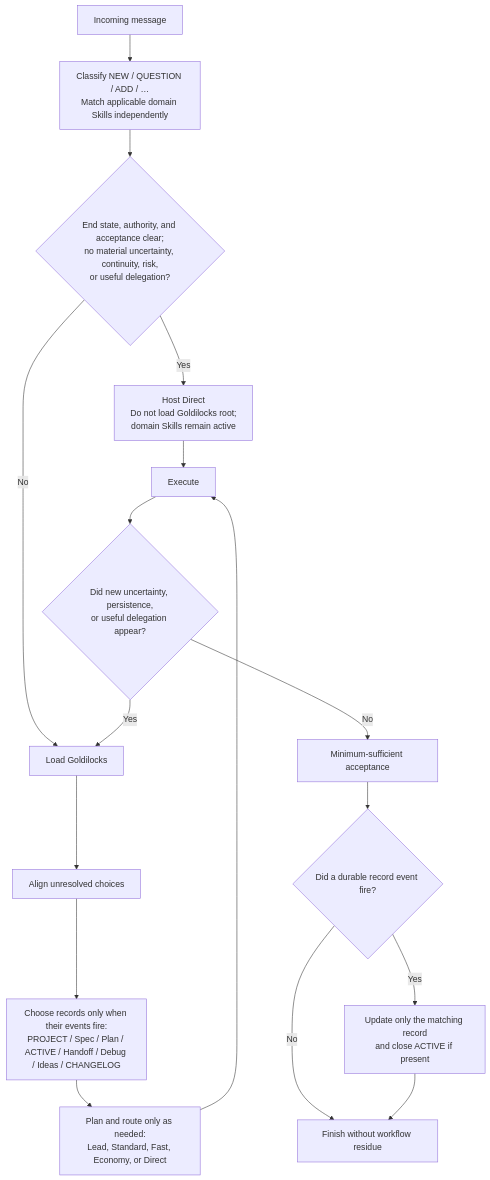
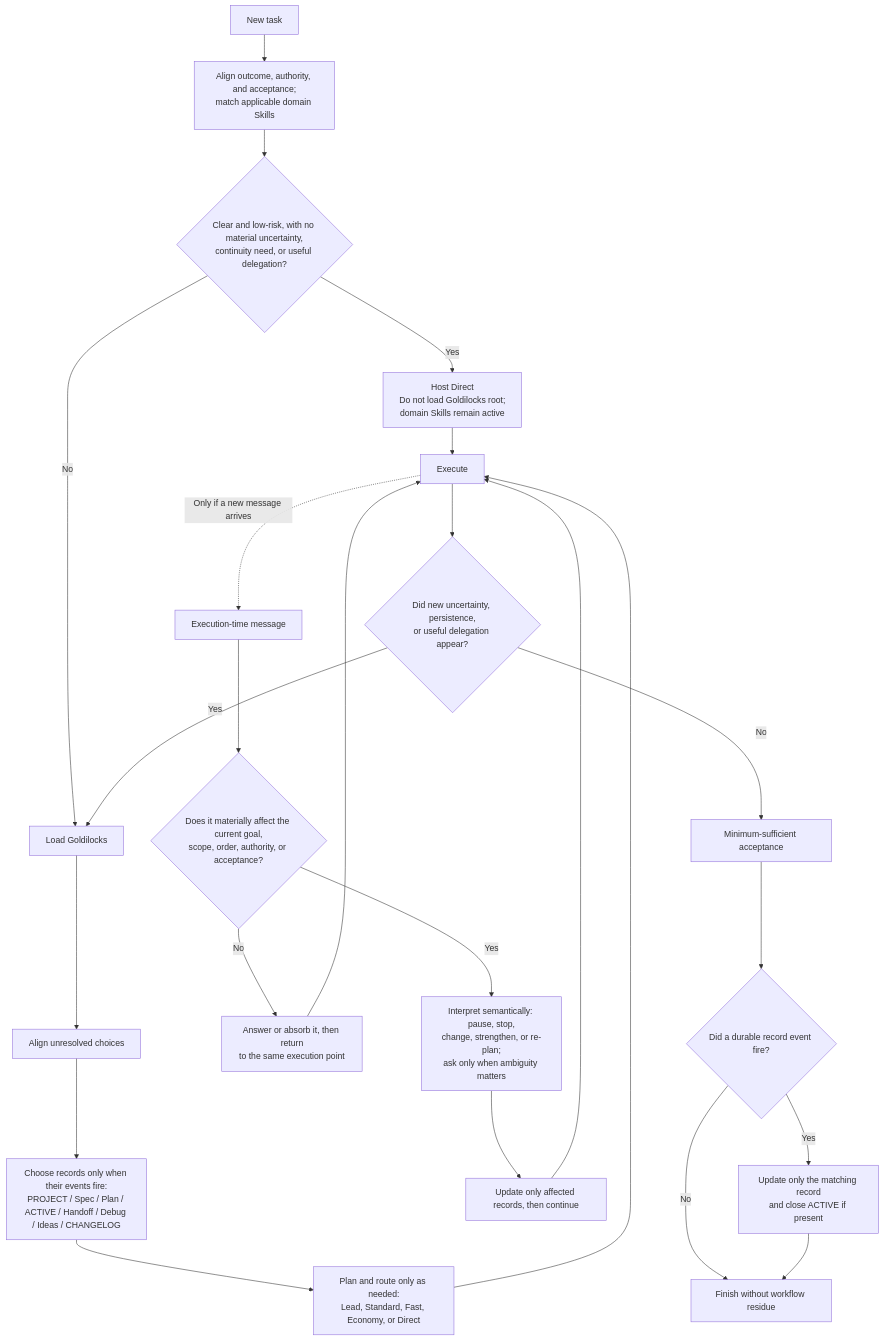
Before and after one commit to blackstone2333/goldilocks: the diagram in README.md, drawn with Mermaid. The commit also changed other lines of this file and 34 other files, not shown here.

````diff
--- a/README.md
+++ b/README.md
@@ -107,19 +107,26 @@
 ```mermaid
 flowchart TD
-    A["Incoming message"] --> B["Classify NEW / QUESTION / ADD / …<br/>Match applicable domain Skills independently"]
-    B --> C{"End state, authority, and acceptance clear;<br/>no material uncertainty, continuity, risk,<br/>or useful delegation?"}
+    A["New task"] --> B["Align outcome, authority, and acceptance;<br/>match applicable domain Skills"]
+    B --> C{"Clear and low-risk, with no material uncertainty,<br/>continuity need, or useful delegation?"}
     C -- "Yes" --> D["Host Direct<br/>Do not load Goldilocks root;<br/>domain Skills remain active"]
     C -- "No" --> E["Load Goldilocks"]
     E --> F["Align unresolved choices"]
     F --> G["Choose records only when their events fire:<br/>PROJECT / Spec / Plan / ACTIVE / Handoff / Debug / Ideas / CHANGELOG"]
     G --> H["Plan and route only as needed:<br/>Lead, Standard, Fast, Economy, or Direct"]
     D --> I["Execute"]
     H --> I
-    I --> J{"Did new uncertainty, persistence,<br/>or useful delegation appear?"}
-    J -- "Yes" --> E
-    J -- "No" --> K["Minimum-sufficient acceptance"]
-    K --> L{"Did a durable record event fire?"}
-    L -- "Yes" --> M["Update only the matching record<br/>and close ACTIVE if present"]
-    L -- "No" --> N["Finish without workflow residue"]
-    M --> N
+    I --> O{"Did new uncertainty, persistence,<br/>or useful delegation appear?"}
+    I -. "Only if a new message arrives" .-> J["Execution-time message"]
+    J --> K{"Does it materially affect the current goal,<br/>scope, order, authority, or acceptance?"}
+    K -- "No" --> L["Answer or absorb it, then return<br/>to the same execution point"]
+    L --> I
+    K -- "Yes" --> M["Interpret semantically: pause, stop,<br/>change, strengthen, or re-plan;<br/>ask only when ambiguity matters"]
+    M --> N["Update only affected records, then continue"]
+    N --> I
+    O -- "Yes" --> E
+    O -- "No" --> P["Minimum-sufficient acceptance"]
+    P --> Q{"Did a durable record event fire?"}
+    Q -- "Yes" --> R["Update only the matching record<br/>and close ACTIVE if present"]
+    Q -- "No" --> S["Finish without workflow residue"]
+    R --> S
 ```
````
